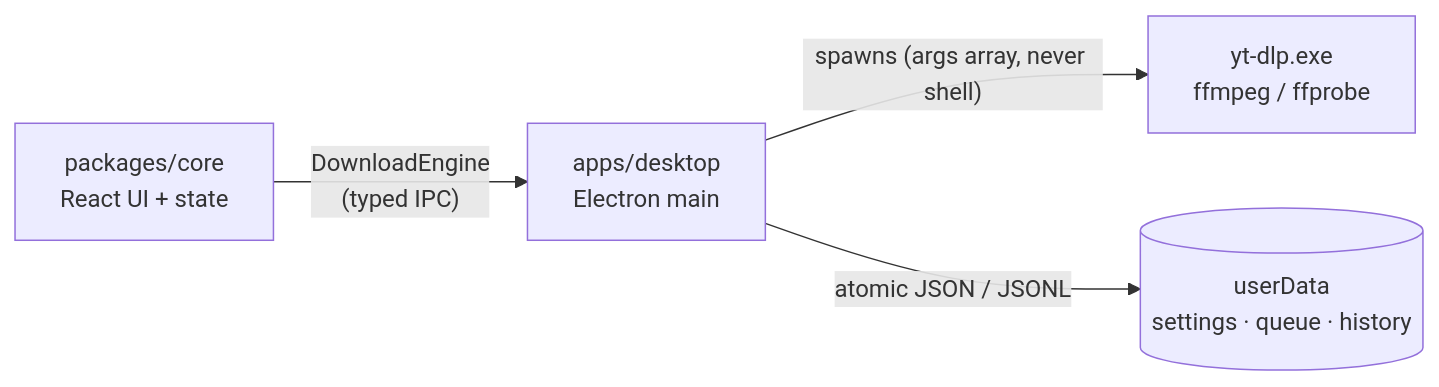
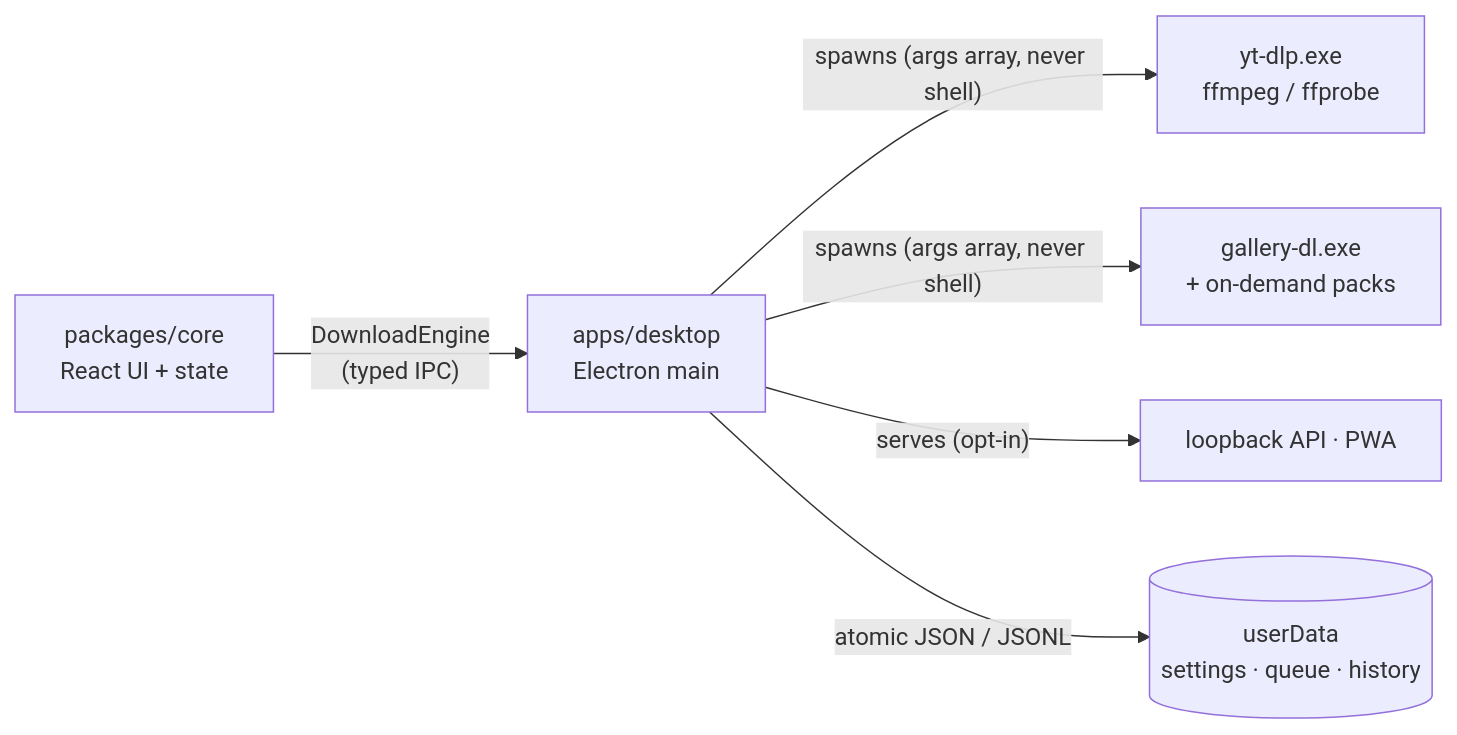
One commit to Myung-Young/FluxDL changed the diagram in README.md. Above: the diagram before and after it, drawn with Mermaid. The commit also changed other lines of this file and 2 other files, not shown here.

````diff
--- a/README.md
+++ b/README.md
@@ -170,6 +203,8 @@
 ```mermaid
 flowchart LR
     UI["packages/core\nReact UI + state"] -->|"DownloadEngine\n(typed IPC)"| MAIN["apps/desktop\nElectron main"]
     MAIN -->|"spawns (args array, never shell)"| YT["yt-dlp.exe\nffmpeg / ffprobe"]
+    MAIN -->|"spawns (args array, never shell)"| GDL["gallery-dl.exe\n+ on-demand packs"]
+    MAIN -->|"serves (opt-in)"| API["loopback API · PWA"]
     MAIN -->|"atomic JSON / JSONL"| DISK[("userData\nsettings · queue · history")]
 ```
````
